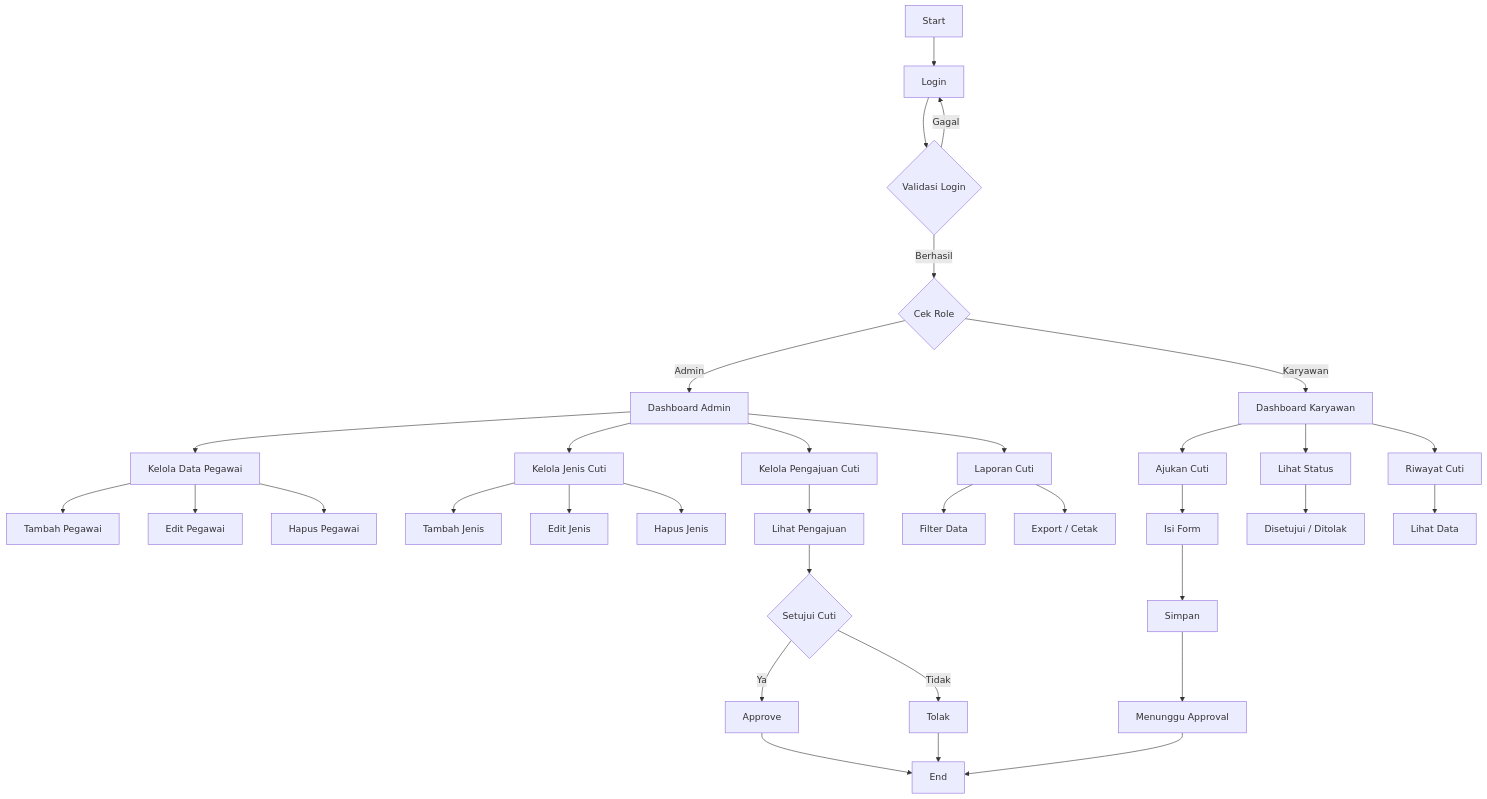
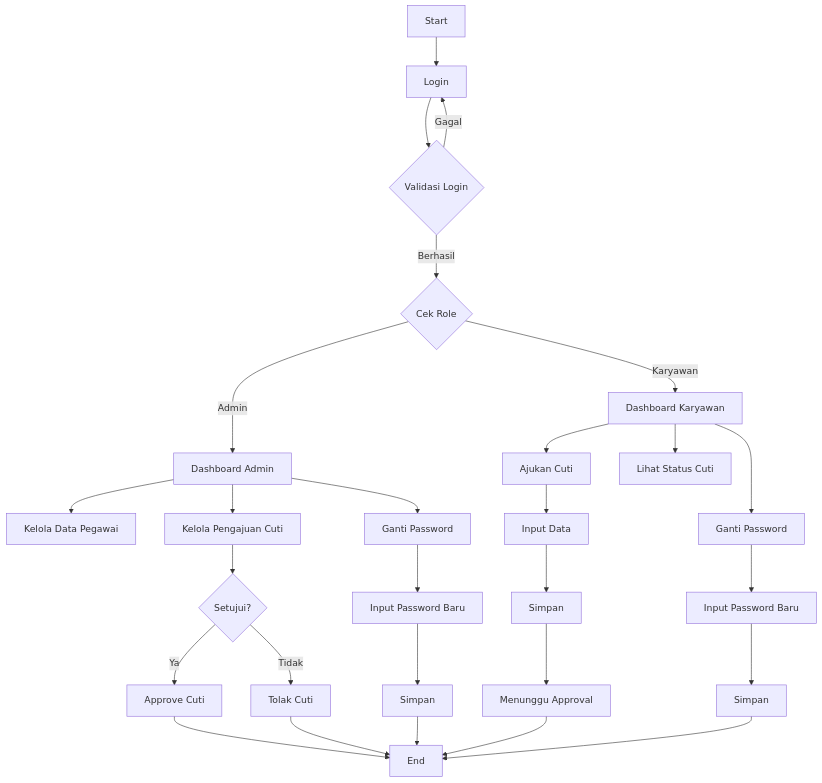
Before and after one commit to ftmahrhmt/cutiatm-nusantara-digital: the diagram in README.md, drawn with Mermaid. The commit also changed other lines of this file, not shown here.

````diff
--- a/README.md
+++ b/README.md
@@ -71,49 +39,35 @@
 ```mermaid
 flowchart TD
     A[Start] --> B[Login]
     B --> C{Validasi Login}
-    C -- Gagal --> B
-    C -- Berhasil --> D{Cek Role}
+    C -->|Gagal| B
+    C -->|Berhasil| D{Cek Role}
 
-    %% ADMIN
-    D -- Admin --> E[Dashboard Admin]
+    %% Admin
+    D -->|Admin| E[Dashboard Admin]
+    E --> F[Kelola Data Pegawai]
+    E --> G[Kelola Pengajuan Cuti]
+    G --> H{Setujui?}
+    H -->|Ya| I[Approve Cuti]
+    H -->|Tidak| J[Tolak Cuti]
+    E --> R[Ganti Password]
+    R --> R1[Input Password Baru]
+    R1 --> R2[Simpan]
 
-    E --> F[Kelola Data Pegawai]
-    F --> F1[Tambah Pegawai]
-    F --> F2[Edit Pegawai]
-    F --> F3[Hapus Pegawai]
+    %% Karyawan
+    D -->|Karyawan| K[Dashboard Karyawan]
+    K --> L[Ajukan Cuti]
+    L --> M[Input Data]
+    M --> N[Simpan]
+    N --> O[Menunggu Approval]
+    K --> P[Lihat Status Cuti]
+    K --> S[Ganti Password]
+    S --> S1[Input Password Baru]
+    S1 --> S2[Simpan]
 
-    E --> G[Kelola Jenis Cuti]
-    G --> G1[Tambah Jenis]
-    G --> G2[Edit Jenis]
-    G --> G3[Hapus Jenis]
-
-    E --> H[Kelola Pengajuan Cuti]
-    H --> H1[Lihat Pengajuan]
-    H1 --> I{Setujui Cuti}
-    I -- Ya --> J[Approve]
-    I -- Tidak --> K[Tolak]
-
-    E --> L[Laporan Cuti]
-    L --> L1[Filter Data]
-    L --> L2[Export / Cetak]
-
-    %% KARYAWAN
-    D -- Karyawan --> M[Dashboard Karyawan]
-
-    M --> N[Ajukan Cuti]
-    N --> N1[Isi Form]
-    N1 --> N2[Simpan]
-    N2 --> N3[Menunggu Approval]
-
-    M --> O[Lihat Status]
-    O --> O1[Disetujui / Ditolak]
-
-    M --> P[Riwayat Cuti]
-    P --> P1[Lihat Data]
-
-    %% END
-    J --> Q[End]
-    K --> Q
-    N3 --> Q
+    I --> T[End]
+    J --> T
+    O --> T
+    R2 --> T
+    S2 --> T
 ```
````
